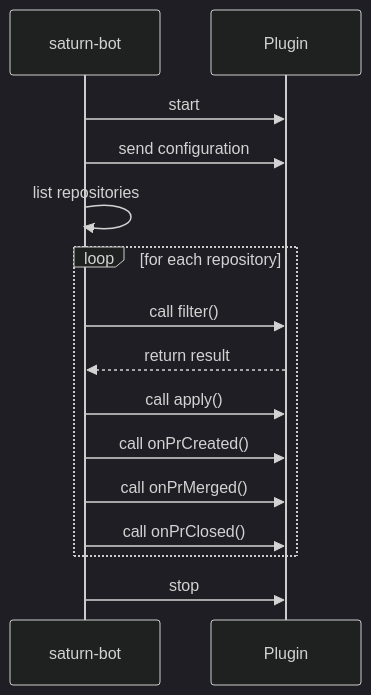
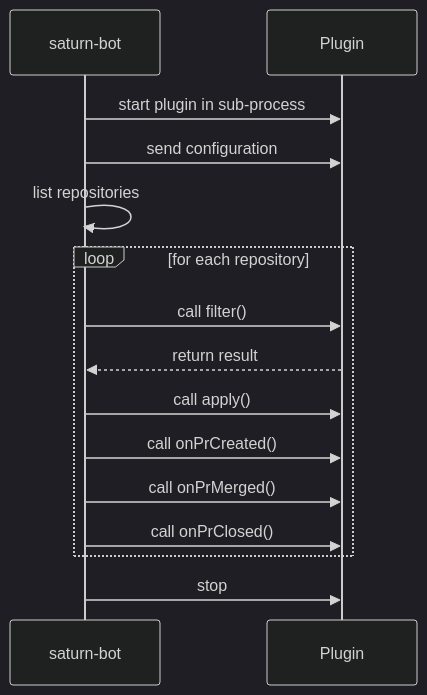
The diagram in docs/task/plugins/index.md (wndhydrnt/saturn-bot), drawn with Mermaid (dark theme) before and after one commit. The commit also changed other lines of this file and 8 other files, not shown here.

````diff
--- a/docs/task/plugins/index.md
+++ b/docs/task/plugins/index.md
@@ -11,15 +11,15 @@
 ```mermaid
 sequenceDiagram
-    saturn-bot->>Plugin: start
+    saturn-bot->>Plugin: start plugin in sub-process
     saturn-bot->>Plugin: send configuration
     saturn-bot->>saturn-bot: list repositories
     loop for each repository
         saturn-bot->>Plugin: call filter()
         Plugin-->>saturn-bot: return result
         saturn-bot->>Plugin: call apply()
         saturn-bot->>Plugin: call onPrCreated()
         saturn-bot->>Plugin: call onPrMerged()
         saturn-bot->>Plugin: call onPrClosed()
     end
     saturn-bot->>Plugin: stop
 ```
````
